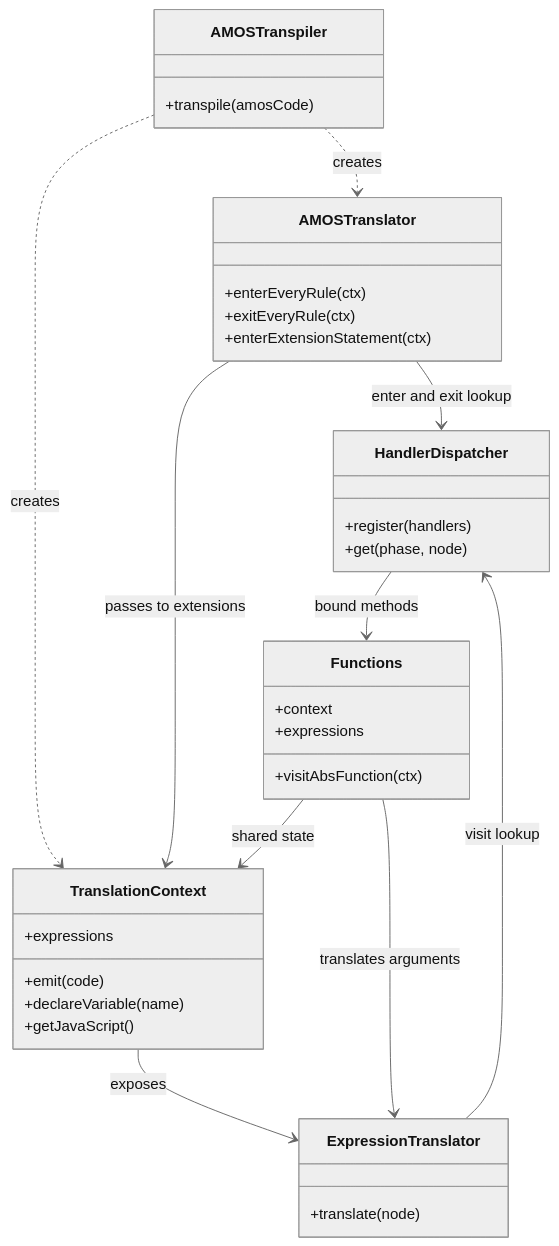
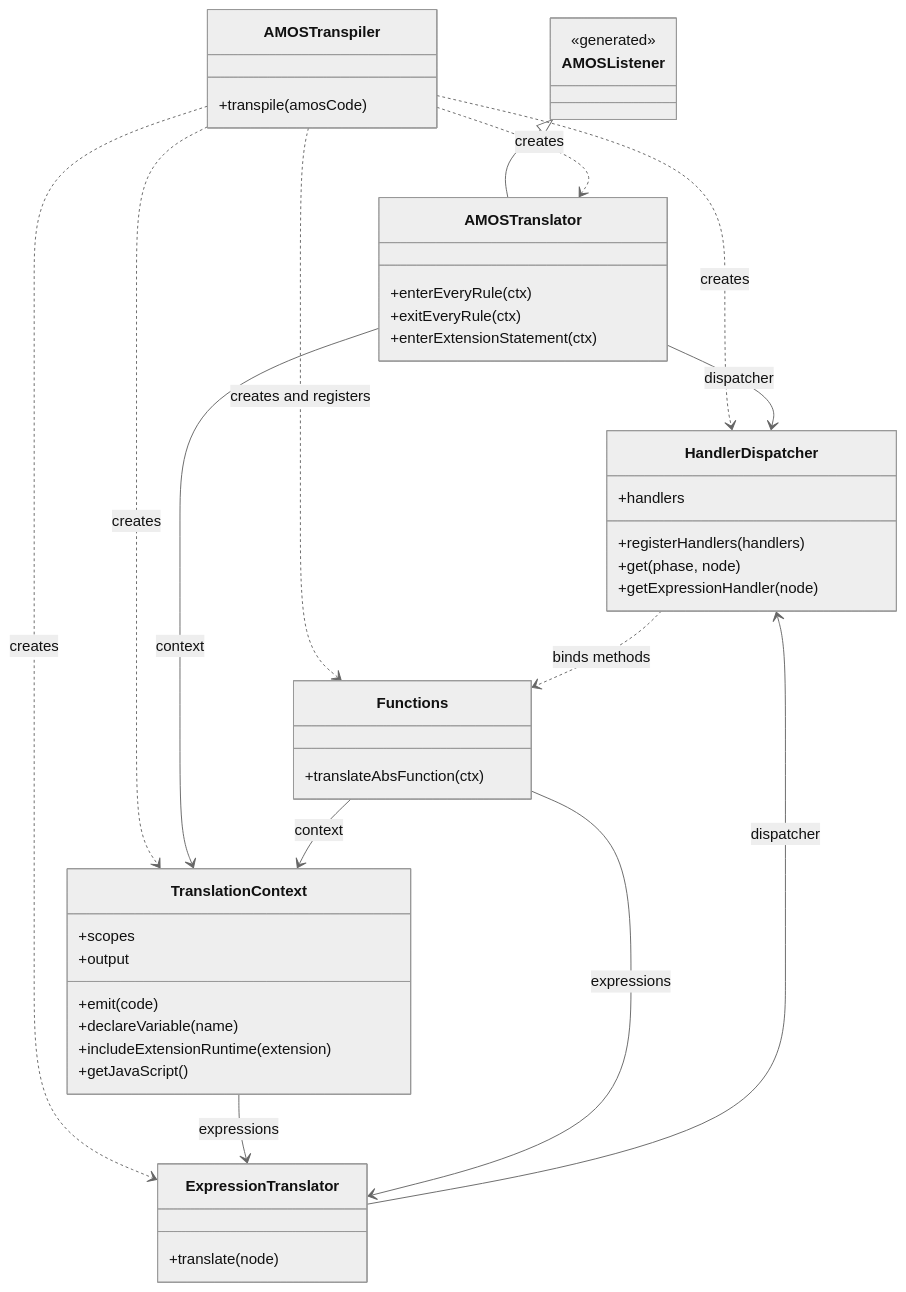
One commit to ptidejteam/reanimate-CRVJA-backend changed the second of 3 diagrams in docs/TRANSPILER.md. Above: the diagram before and after it, drawn with Mermaid (neutral theme). The commit also changed other lines of this file and 17 other files, not shown here.

````diff
--- a/docs/TRANSPILER.md
+++ b/docs/TRANSPILER.md
@@ -133,38 +140,47 @@
 ```mermaid
 classDiagram
+    class AMOSListener {
+        <<generated>>
+    }
     class AMOSTranspiler {
         +transpile(amosCode)
     }
     class AMOSTranslator {
         +enterEveryRule(ctx)
         +exitEveryRule(ctx)
         +enterExtensionStatement(ctx)
     }
     class HandlerDispatcher {
-        +register(handlers)
+        +handlers
+        +registerHandlers(handlers)
         +get(phase, node)
+        +getExpressionHandler(node)
     }
     class ExpressionTranslator {
         +translate(node)
     }
     class TranslationContext {
-        +expressions
+        +scopes
+        +output
         +emit(code)
         +declareVariable(name)
+        +includeExtensionRuntime(extension)
         +getJavaScript()
     }
     class Functions {
-        +context
-        +expressions
-        +visitAbsFunction(ctx)
+        +translateAbsFunction(ctx)
     }
+    AMOSListener <|-- AMOSTranslator
     AMOSTranspiler ..> AMOSTranslator : creates
+    AMOSTranspiler ..> HandlerDispatcher : creates
+    AMOSTranspiler ..> ExpressionTranslator : creates
     AMOSTranspiler ..> TranslationContext : creates
-    AMOSTranslator --> HandlerDispatcher : enter and exit lookup
-    AMOSTranslator --> TranslationContext : passes to extensions
-    HandlerDispatcher --> Functions : bound methods
-    ExpressionTranslator --> HandlerDispatcher : visit lookup
-    TranslationContext --> ExpressionTranslator : exposes
-    Functions --> ExpressionTranslator : translates arguments
-    Functions --> TranslationContext : shared state
+    AMOSTranspiler ..> Functions : creates and registers
+    AMOSTranslator --> HandlerDispatcher : dispatcher
+    AMOSTranslator --> TranslationContext : context
+    HandlerDispatcher ..> Functions : binds methods
+    ExpressionTranslator --> HandlerDispatcher : dispatcher
+    TranslationContext --> ExpressionTranslator : expressions
+    Functions --> ExpressionTranslator : expressions
+    Functions --> TranslationContext : context
 ```
````
